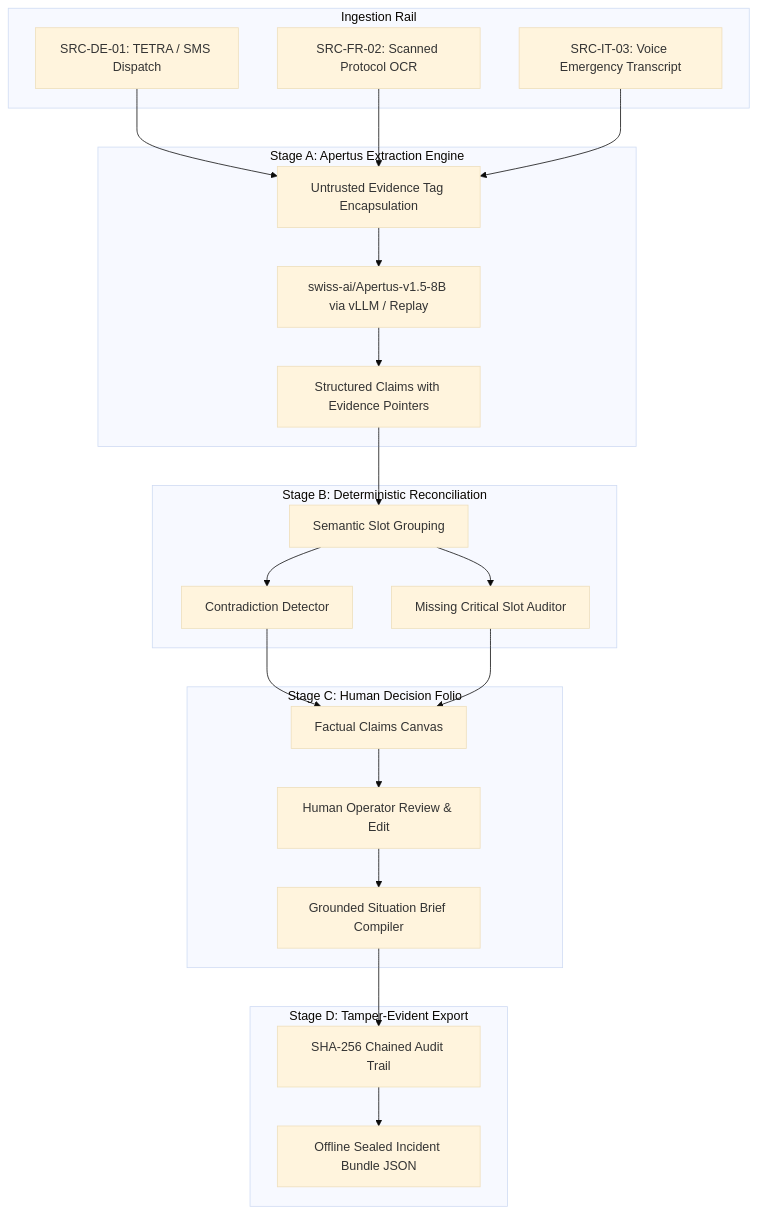
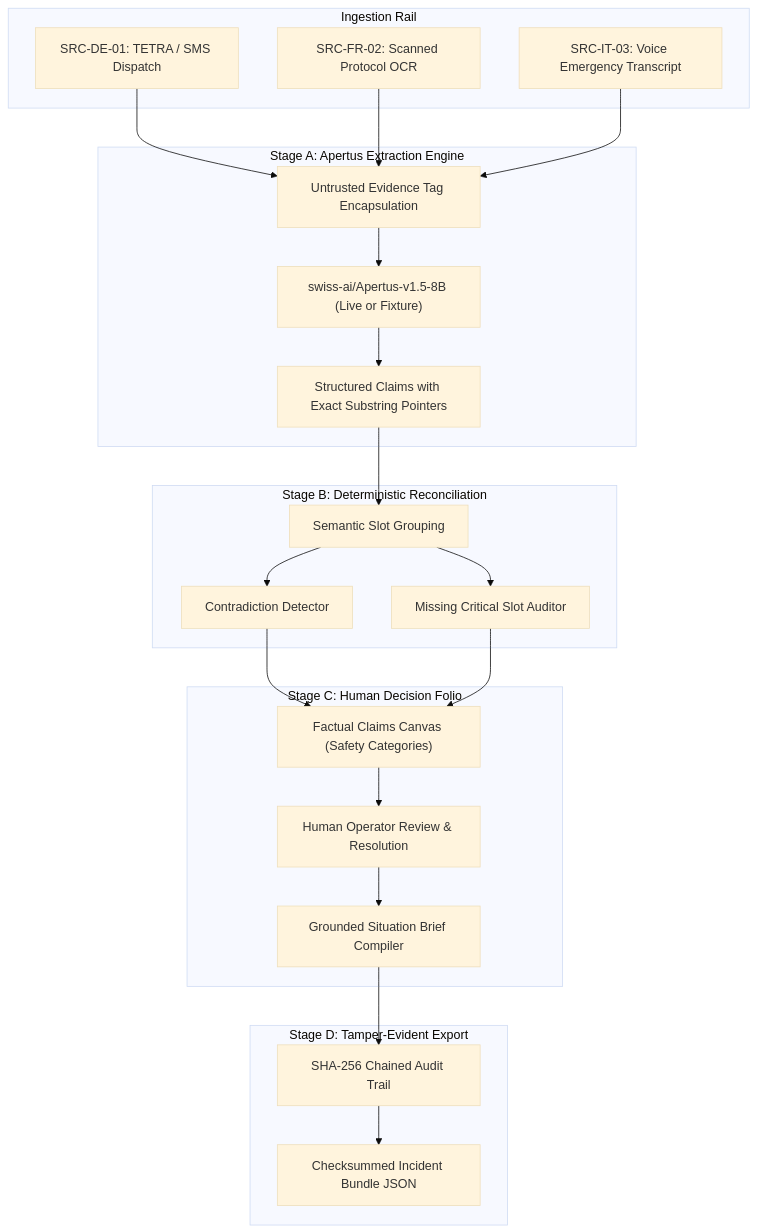
One commit to abhijeetnardele24-hash/relayzero changed the diagram in track_2b/docs/ARCHITECTURE.md. Above: the diagram before and after it, drawn with Mermaid (base theme). The commit also changed other lines of this file and 11 other files, not shown here.

````diff
--- a/track_2b/docs/ARCHITECTURE.md
+++ b/track_2b/docs/ARCHITECTURE.md
@@ -16,46 +16,46 @@
 ```mermaid
 graph TD
     subgraph Ingestion Rail
-        S1[SRC-DE-01: TETRA / SMS Dispatch]
-        S2[SRC-FR-02: Scanned Protocol OCR]
-        S3[SRC-IT-03: Voice Emergency Transcript]
+        S1["SRC-DE-01: TETRA / SMS Dispatch"]
+        S2["SRC-FR-02: Scanned Protocol OCR"]
+        S3["SRC-IT-03: Voice Emergency Transcript"]
     end
 
     subgraph Stage A: Apertus Extraction Engine
-        PromptWrap[Untrusted Evidence Tag Encapsulation]
-        Model[swiss-ai/Apertus-v1.5-8B via vLLM / Replay]
-        Claims[Structured Claims with Evidence Pointers]
+        PromptWrap["Untrusted Evidence Tag Encapsulation"]
+        Model["swiss-ai/Apertus-v1.5-8B (Live or Fixture)"]
+        Claims["Structured Claims with Exact Substring Pointers"]
     end
 
     subgraph Stage B: Deterministic Reconciliation
-        Clustering[Semantic Slot Grouping]
-        ConflictDet[Contradiction Detector]
-        Abstention[Missing Critical Slot Auditor]
+        Clustering["Semantic Slot Grouping"]
+        ConflictDet["Contradiction Detector"]
+        Abstention["Missing Critical Slot Auditor"]
     end
 
     subgraph Stage C: Human Decision Folio
-        Canvas[Factual Claims Canvas]
-        Operator[Human Operator Review & Edit]
-        BriefGen[Grounded Situation Brief Compiler]
+        Canvas["Factual Claims Canvas (Safety Categories)"]
+        Operator["Human Operator Review & Resolution"]
+        BriefGen["Grounded Situation Brief Compiler"]
     end
 
     subgraph Stage D: Tamper-Evident Export
-        AuditChain[SHA-256 Chained Audit Trail]
-        Bundle[Offline Sealed Incident Bundle JSON]
+        AuditChain["SHA-256 Chained Audit Trail"]
+        Bundle["Checksummed Incident Bundle JSON"]
     end
 
     S1 --> PromptWrap
     S2 --> PromptWrap
     S3 --> PromptWrap
     PromptWrap --> Model
     Model --> Claims
     Claims --> Clustering
     Clustering --> ConflictDet
     Clustering --> Abstention
     ConflictDet --> Canvas
     Abstention --> Canvas
     Canvas --> Operator
     Operator --> BriefGen
     BriefGen --> AuditChain
     AuditChain --> Bundle
 ```
````
